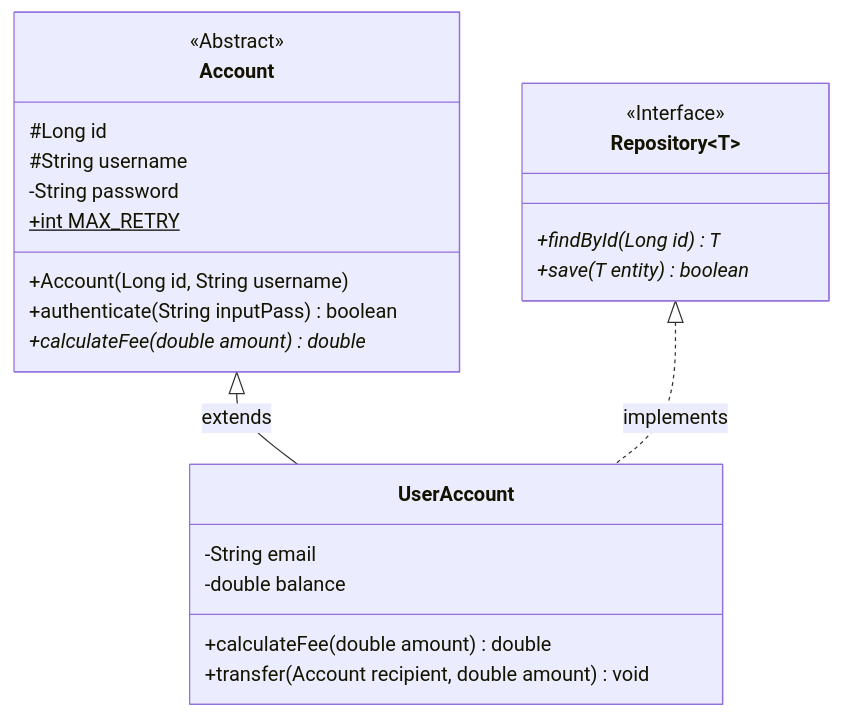
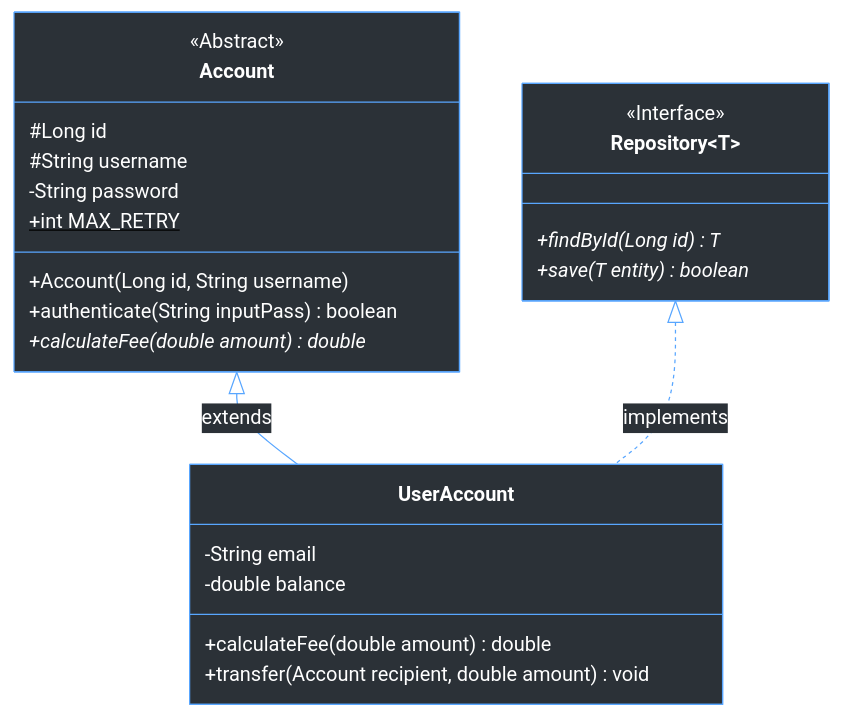
One commit to yong-kodez/uet-life-codes changed the diagram in README.md. Above: the diagram before and after it, drawn with Mermaid.

Commit message:
test README 3

````diff
--- a/README.md
+++ b/README.md
@@ -6,36 +6,48 @@
 ```mermaid
+%%{init: {
+  'theme': 'base',
+  'themeVariables': {
+    'primaryColor': '#2b3137',
+    'primaryTextColor': '#ffffff',
+    'primaryBorderColor': '#58a6ff',
+    'lineColor': '#58a6ff',
+    'secondaryColor': '#1f2428',
+    'tertiaryColor': '#161b22'
+  }
+}}%%
+
 classDiagram
     direction TB
 
     %% Định nghĩa Interface
     class Repository~T~ {
         <<Interface>>
         +findById(Long id) T*
         +save(T entity) boolean*
     }
 
     %% Định nghĩa Abstract Class
     class Account {
         <<Abstract>>
         #Long id
         #String username
         -String password
         +int MAX_RETRY$
         
         +Account(Long id, String username)
         +authenticate(String inputPass) boolean
         +calculateFee(double amount) double*
     }
 
     %% Định nghĩa Class kế thừa
     class UserAccount {
         -String email
         -double balance
         +calculateFee(double amount) double
         +transfer(Account recipient, double amount) void
     }
 
     %% Quan hệ giữa các class
     Account <|-- UserAccount : extends
     Repository <|.. UserAccount : implements
 ```
````
